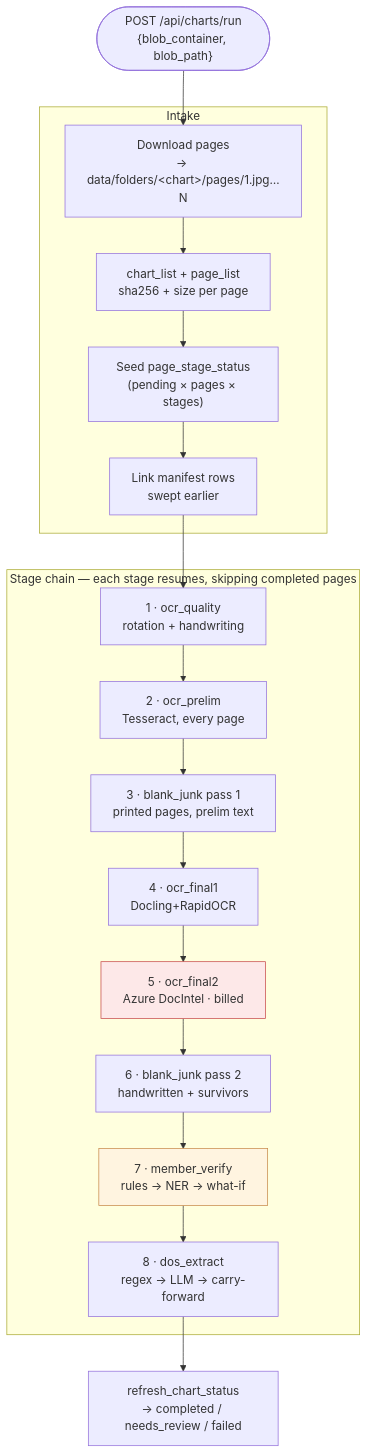
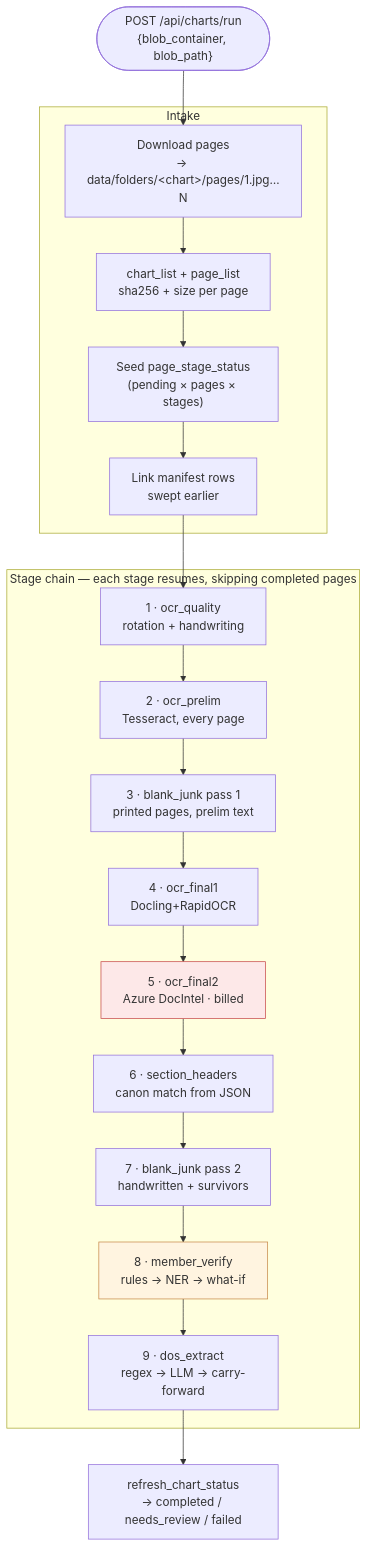
Before and after one commit to abhinavdg-ever/model-repo: the second of 6 diagrams in docs/FLOW.md, drawn with Mermaid. The commit also changed other lines of this file and 13 other files, not shown here.

First line of the commit message:
Make section headers a standalone stage over Final1/Final2 JSON.

````diff
--- a/docs/FLOW.md
+++ b/docs/FLOW.md
@@ -47,30 +47,31 @@
 ```mermaid
 flowchart TD
   START(["POST /api/charts/run<br/>{blob_container, blob_path}"]) --> DL
 
   subgraph INTAKE["Intake"]
     DL["Download pages<br/>→ data/folders/&lt;chart&gt;/pages/1.jpg…N"]
     DL --> REG["chart_list + page_list<br/>sha256 + size per page"]
     REG --> SEED["Seed page_stage_status<br/>(pending × pages × stages)"]
     SEED --> LINK["Link manifest rows<br/>swept earlier"]
   end
 
   LINK --> S1
 
   subgraph CHAIN["Stage chain — each stage resumes, skipping completed pages"]
     S1["1 · ocr_quality<br/>rotation + handwriting"]
     S2["2 · ocr_prelim<br/>Tesseract, every page"]
     S3["3 · blank_junk pass 1<br/>printed pages, prelim text"]
     S4["4 · ocr_final1<br/>Docling+RapidOCR"]
     S5["5 · ocr_final2<br/>Azure DocIntel · billed"]
-    S6["6 · blank_junk pass 2<br/>handwritten + survivors"]
-    S7["7 · member_verify<br/>rules → NER → what-if"]
-    S8["8 · dos_extract<br/>regex → LLM → carry-forward"]
-    S1 --> S2 --> S3 --> S4 --> S5 --> S6 --> S7 --> S8
+    S5b["6 · section_headers<br/>canon match from JSON"]
+    S6["7 · blank_junk pass 2<br/>handwritten + survivors"]
+    S7["8 · member_verify<br/>rules → NER → what-if"]
+    S8["9 · dos_extract<br/>regex → LLM → carry-forward"]
+    S1 --> S2 --> S3 --> S4 --> S5 --> S5b --> S6 --> S7 --> S8
   end
 
   S8 --> DONE["refresh_chart_status<br/>→ completed / needs_review / failed"]
 
   style S5 fill:#fde8e8,stroke:#c74a4a
   style S7 fill:#fff4e0,stroke:#c78a4a
 ```
````
